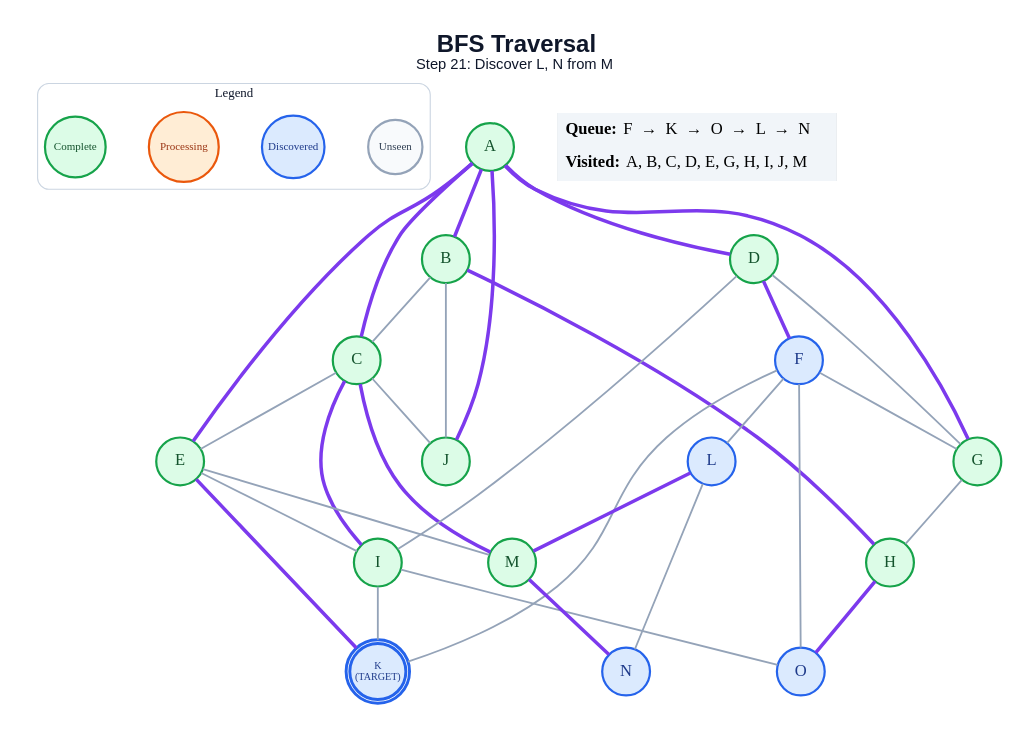
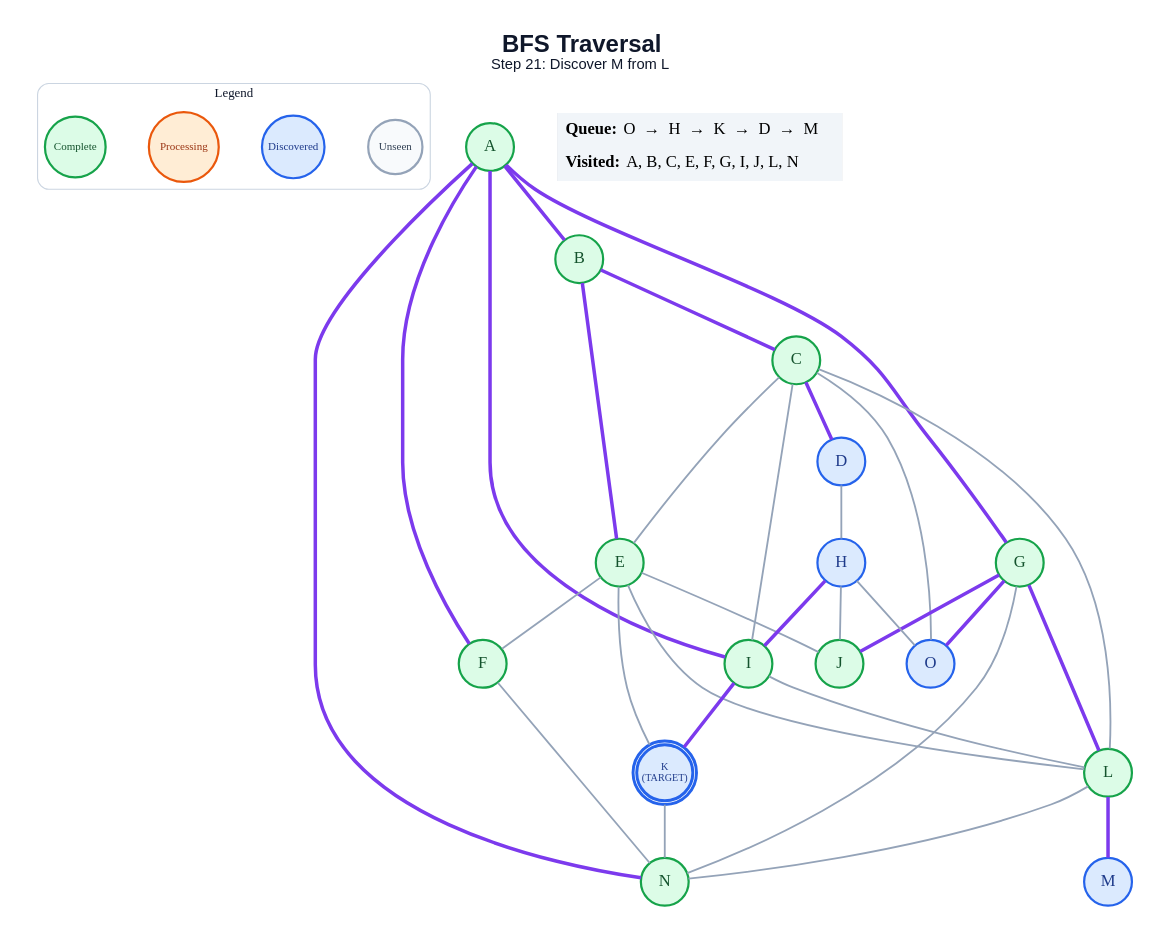
The diagram in generated/bfs/step_21.dot (anon7238593-create/ai-slop), drawn with Graphviz before and after one commit. The commit also changed 291 other files, not shown here.

```diff
--- a/generated/bfs/step_21.dot
+++ b/generated/bfs/step_21.dot
@@ -1,64 +1,64 @@
 graph traversal {
   graph [layout=dot, rankdir=TB, bgcolor="#FFFFFF", pad="0.35", nodesep="0.65", ranksep="0.8", fontname="Arial"];
   node [shape=circle, style="filled", fontname="Arial Bold", fontsize=18, width=0.72, fixedsize=true, penwidth=2.4];
   edge [color="#94A3B8", penwidth=2.0];
-  label=<<B>BFS Traversal</B><BR/><FONT POINT-SIZE="16">Step 21: Discover L, N from M</FONT>>; labelloc="t"; fontsize=26; fontname="Arial"; fontcolor="#0F172A";
+  label=<<B>BFS Traversal</B><BR/><FONT POINT-SIZE="16">Step 21: Discover M from L</FONT>>; labelloc="t"; fontsize=26; fontname="Arial"; fontcolor="#0F172A";
   subgraph cluster_legend { label="Legend"; color="#CBD5E1"; penwidth=1.2; style="rounded"; fontsize=14; fontname="Arial Bold";
     key_unseen [label="Unseen", fillcolor="#F8FAFC", color="#94A3B8", fontcolor="#334155", fontsize=12, width=0.82];
     key_frontier [label="Discovered", fillcolor="#DBEAFE", color="#2563EB", fontcolor="#1E3A8A", fontsize=12, width=0.95];
     key_current [label="Processing", fillcolor="#FFEDD5", color="#EA580C", fontcolor="#9A3412", fontsize=12, width=1.05];
     key_done [label="Complete", fillcolor="#DCFCE7", color="#16A34A", fontcolor="#14532D", fontsize=12, width=0.92];
     { rank=same; key_unseen; key_frontier; key_current; key_done; }
   }
   A [label="A", fillcolor="#DCFCE7", color="#16A34A", fontcolor="#14532D", peripheries=1, penwidth=2.4];
   B [label="B", fillcolor="#DCFCE7", color="#16A34A", fontcolor="#14532D", peripheries=1, penwidth=2.4];
   C [label="C", fillcolor="#DCFCE7", color="#16A34A", fontcolor="#14532D", peripheries=1, penwidth=2.4];
-  D [label="D", fillcolor="#DCFCE7", color="#16A34A", fontcolor="#14532D", peripheries=1, penwidth=2.4];
+  D [label="D", fillcolor="#DBEAFE", color="#2563EB", fontcolor="#1E3A8A", peripheries=1, penwidth=2.4];
   E [label="E", fillcolor="#DCFCE7", color="#16A34A", fontcolor="#14532D", peripheries=1, penwidth=2.4];
-  F [label="F", fillcolor="#DBEAFE", color="#2563EB", fontcolor="#1E3A8A", peripheries=1, penwidth=2.4];
+  F [label="F", fillcolor="#DCFCE7", color="#16A34A", fontcolor="#14532D", peripheries=1, penwidth=2.4];
   G [label="G", fillcolor="#DCFCE7", color="#16A34A", fontcolor="#14532D", peripheries=1, penwidth=2.4];
-  H [label="H", fillcolor="#DCFCE7", color="#16A34A", fontcolor="#14532D", peripheries=1, penwidth=2.4];
+  H [label="H", fillcolor="#DBEAFE", color="#2563EB", fontcolor="#1E3A8A", peripheries=1, penwidth=2.4];
   I [label="I", fillcolor="#DCFCE7", color="#16A34A", fontcolor="#14532D", peripheries=1, penwidth=2.4];
   J [label="J", fillcolor="#DCFCE7", color="#16A34A", fontcolor="#14532D", peripheries=1, penwidth=2.4];
   K [label="K\n(TARGET)", fillcolor="#DBEAFE", color="#2563EB", fontcolor="#1E3A8A", peripheries=2, penwidth=3.2, fontsize=11, width=0.85, height=0.85];
-  L [label="L", fillcolor="#DBEAFE", color="#2563EB", fontcolor="#1E3A8A", peripheries=1, penwidth=2.4];
-  M [label="M", fillcolor="#DCFCE7", color="#16A34A", fontcolor="#14532D", peripheries=1, penwidth=2.4];
-  N [label="N", fillcolor="#DBEAFE", color="#2563EB", fontcolor="#1E3A8A", peripheries=1, penwidth=2.4];
+  L [label="L", fillcolor="#DCFCE7", color="#16A34A", fontcolor="#14532D", peripheries=1, penwidth=2.4];
+  M [label="M", fillcolor="#DBEAFE", color="#2563EB", fontcolor="#1E3A8A", peripheries=1, penwidth=2.4];
+  N [label="N", fillcolor="#DCFCE7", color="#16A34A", fontcolor="#14532D", peripheries=1, penwidth=2.4];
   O [label="O", fillcolor="#DBEAFE", color="#2563EB", fontcolor="#1E3A8A", peripheries=1, penwidth=2.4];
   A -- B [color="#7C3AED", penwidth=3.8];
-  A -- C [color="#7C3AED", penwidth=3.8];
-  A -- D [color="#7C3AED", penwidth=3.8];
-  A -- E [color="#7C3AED", penwidth=3.8];
+  A -- F [color="#7C3AED", penwidth=3.8];
   A -- G [color="#7C3AED", penwidth=3.8];
-  A -- J [color="#7C3AED", penwidth=3.8];
-  B -- C;
-  B -- H [color="#7C3AED", penwidth=3.8];
-  B -- J;
+  A -- I [color="#7C3AED", penwidth=3.8];
+  A -- N [color="#7C3AED", penwidth=3.8];
+  B -- C [color="#7C3AED", penwidth=3.8];
+  B -- E [color="#7C3AED", penwidth=3.8];
+  C -- D [color="#7C3AED", penwidth=3.8];
   C -- E;
-  C -- I [color="#7C3AED", penwidth=3.8];
-  C -- J;
-  C -- M [color="#7C3AED", penwidth=3.8];
-  D -- F [color="#7C3AED", penwidth=3.8];
-  D -- G;
-  D -- I;
-  E -- I;
-  E -- K [color="#7C3AED", penwidth=3.8];
-  E -- M;
-  F -- G;
-  F -- K;
-  F -- L;
-  F -- O;
-  G -- H;
-  H -- O [color="#7C3AED", penwidth=3.8];
-  I -- K;
-  I -- O;
+  C -- I;
+  C -- L;
+  C -- O;
+  D -- H;
+  E -- F;
+  E -- J;
+  E -- K;
+  E -- L;
+  F -- N;
+  G -- J [color="#7C3AED", penwidth=3.8];
+  G -- L [color="#7C3AED", penwidth=3.8];
+  G -- N;
+  G -- O [color="#7C3AED", penwidth=3.8];
+  H -- I [color="#7C3AED", penwidth=3.8];
+  H -- J;
+  H -- O;
+  I -- K [color="#7C3AED", penwidth=3.8];
+  I -- L;
+  K -- N;
   L -- M [color="#7C3AED", penwidth=3.8];
   L -- N;
-  M -- N [color="#7C3AED", penwidth=3.8];
   status [shape=plain, fixedsize=false, width=0, height=0, margin=0, label=<
     <TABLE BORDER="0" CELLBORDER="0" CELLPADDING="7" BGCOLOR="#F1F5F9">
-      <TR><TD ALIGN="LEFT"><B>Queue:</B> F  →  K  →  O  →  L  →  N</TD></TR>
-      <TR><TD ALIGN="LEFT"><B>Visited:</B> A, B, C, D, E, G, H, I, J, M</TD></TR>
+      <TR><TD ALIGN="LEFT"><B>Queue:</B> O  →  H  →  K  →  D  →  M</TD></TR>
+      <TR><TD ALIGN="LEFT"><B>Visited:</B> A, B, C, E, F, G, I, J, L, N</TD></TR>
     </TABLE>
   >];
 }
```
